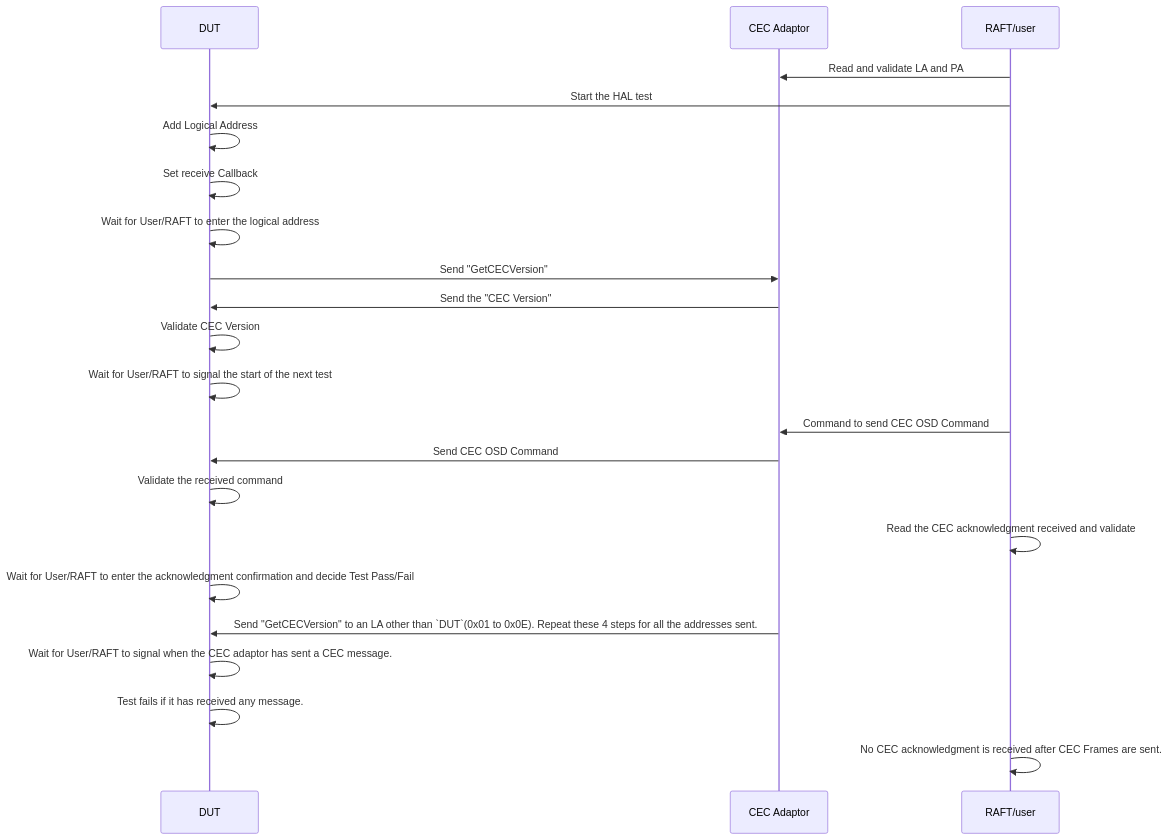
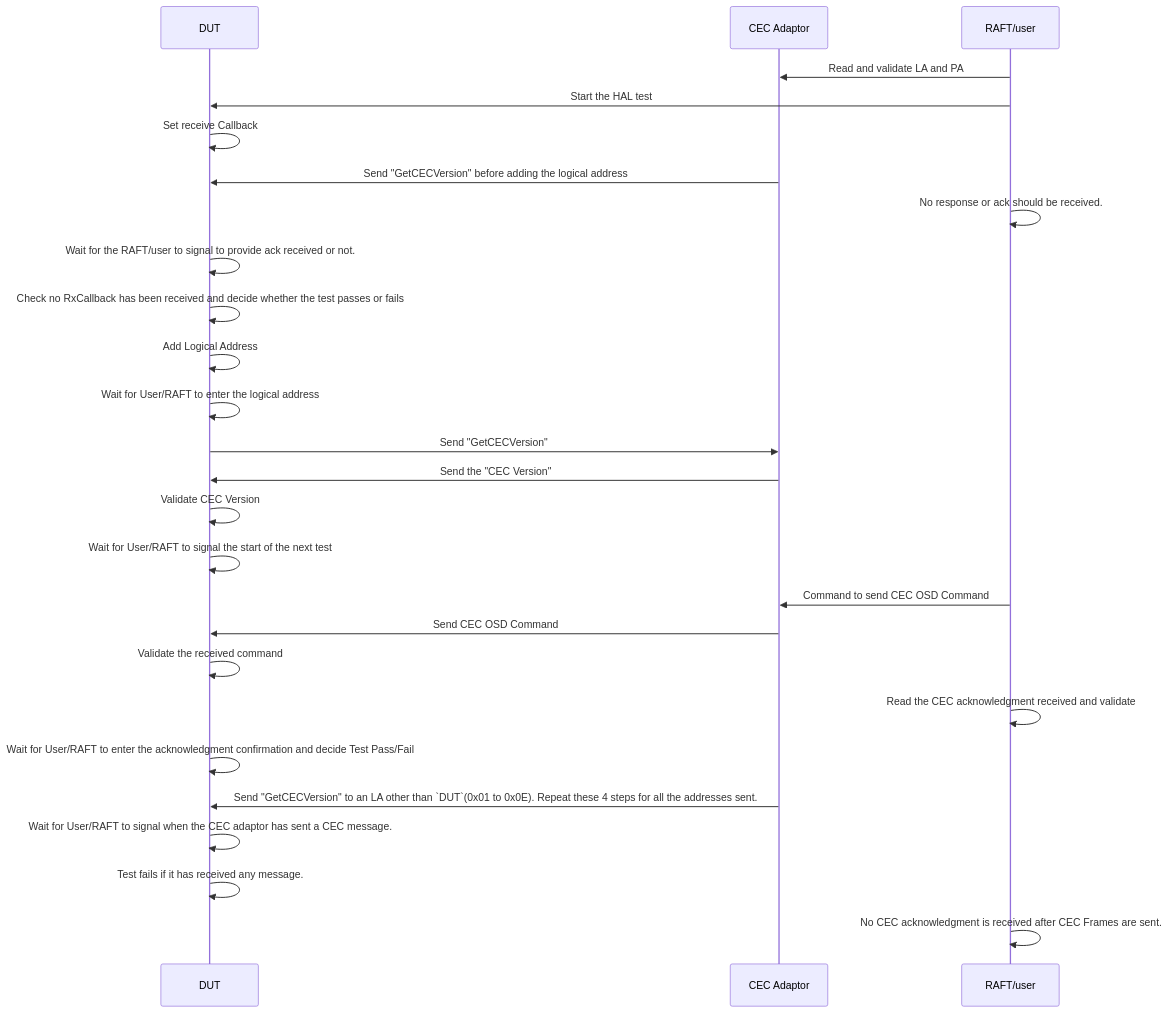
Before and after one commit to rdkcentral/rdk-halif-test-hdmi_cec: the second of 4 diagrams in docs/pages/hdmi-cec-sink-L3-Low-Level_TestSpec.md, drawn with Mermaid. The commit also changed other lines of this file, not shown here.

First line of the commit message:
gh #44 Update hdmi-cec-sink-L3-Low-Level_TestSpec.md

````diff
--- a/docs/pages/hdmi-cec-sink-L3-Low-Level_TestSpec.md
+++ b/docs/pages/hdmi-cec-sink-L3-Low-Level_TestSpec.md
@@ -120,24 +123,28 @@
 ```mermaid
 sequenceDiagram
     participant DUT
     participant CEC Adaptor
     participant RAFT/user
     RAFT/user->>CEC Adaptor: Read and validate LA and PA 
     RAFT/user->>DUT: Start the HAL test
+    DUT->>DUT: Set receive Callback
+    CEC Adaptor->>DUT: Send "GetCECVersion" before adding the logical address
+    RAFT/user->>RAFT/user: No response or ack should be received.
+    DUT->>DUT: Wait for the RAFT/user to signal to provide ack received or not.
+    DUT->>DUT: Check no RxCallback has been received and decide whether the test passes or fails
     DUT->>DUT: Add Logical Address
-    DUT->>DUT: Set receive Callback
     DUT->>DUT: Wait for User/RAFT to enter the logical address
     DUT->>CEC Adaptor: Send "GetCECVersion"
     CEC Adaptor->>DUT: Send the "CEC Version"
     DUT->>DUT: Validate CEC Version
     DUT->>DUT: Wait for User/RAFT to signal the start of the next test
     RAFT/user->>CEC Adaptor: Command to send CEC OSD Command
     CEC Adaptor->>DUT: Send CEC OSD Command
     DUT->>DUT: Validate the received command
     RAFT/user->>RAFT/user: Read the CEC acknowledgment received and validate
     DUT->>DUT: Wait for User/RAFT to enter the acknowledgment confirmation and decide Test Pass/Fail
     CEC Adaptor->>DUT: Send "GetCECVersion" to an LA other than `DUT`(0x01 to 0x0E). Repeat these 4 steps for all the addresses sent.
     DUT->>DUT: Wait for User/RAFT to signal when the CEC adaptor has sent a CEC message.
     DUT->>DUT: Test fails if it has received any message.
     RAFT/user->>RAFT/user: No CEC acknowledgment is received after CEC Frames are sent.   
 ```
````
